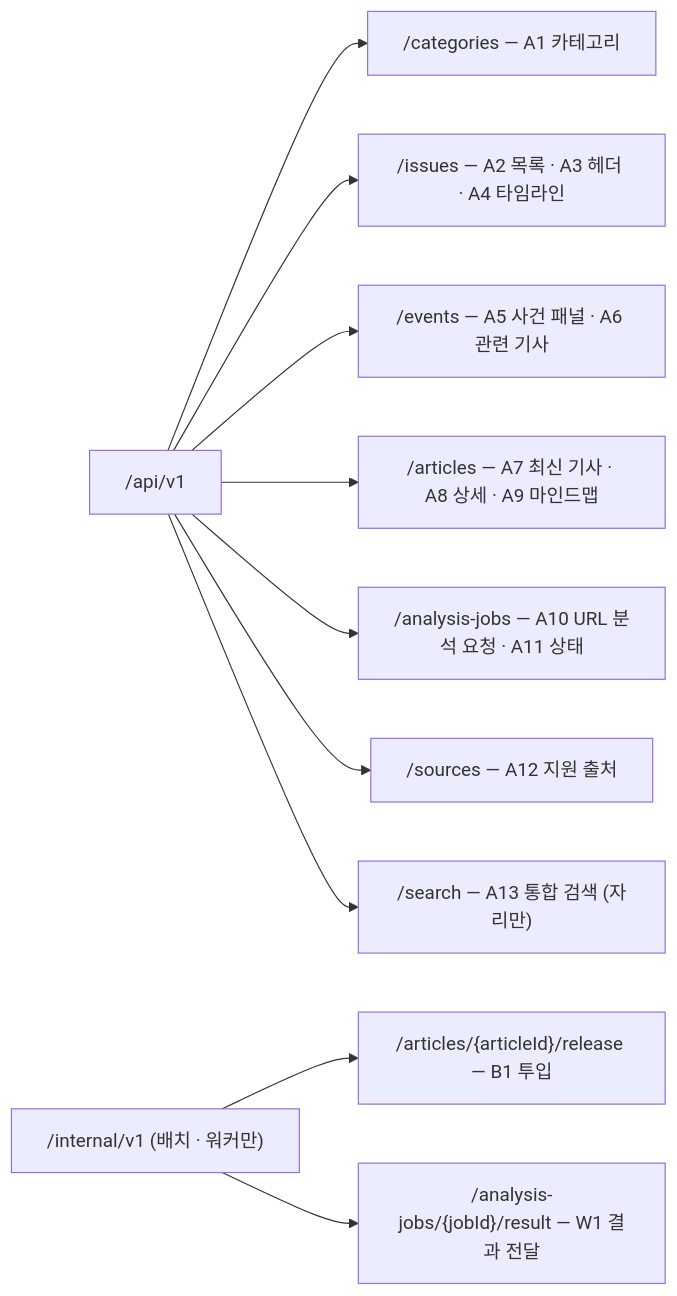
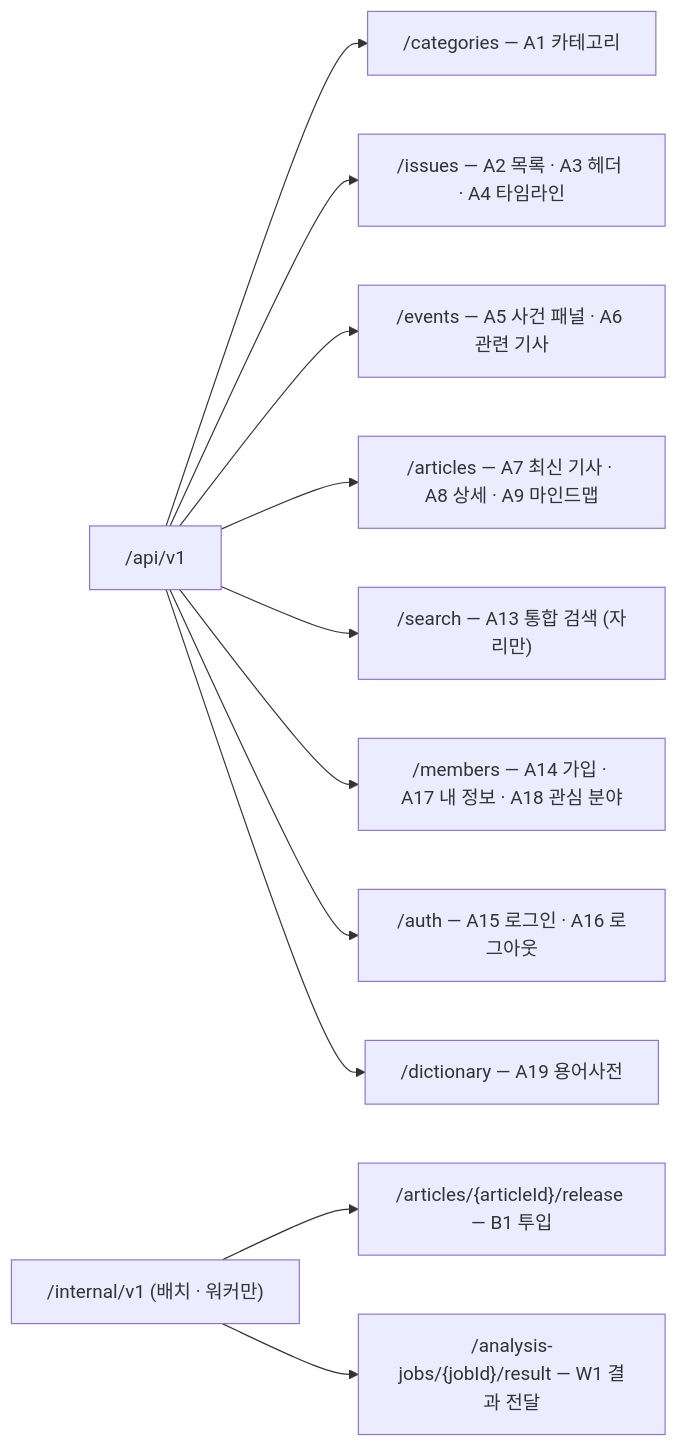
Before and after one commit to a102-NEWLEARN/NEW-LEARN: the third of 5 diagrams in docs/api.md, drawn with Mermaid. The commit also changed other lines of this file and 2 other files, not shown here.

First line of the commit message:
docs(common): API 명세 v1 — URL 분석 삭제, 회원 · 용어사전 · ISSUE 단계 · 가지 4개

````diff
--- a/docs/api.md
+++ b/docs/api.md
@@ -141,12 +148,13 @@
 ```mermaid
 flowchart LR
   R["/api/v1"] --> C["/categories — A1 카테고리"]
   R --> I["/issues — A2 목록 · A3 헤더 · A4 타임라인"]
   R --> E["/events — A5 사건 패널 · A6 관련 기사"]
   R --> AR["/articles — A7 최신 기사 · A8 상세 · A9 마인드맵"]
-  R --> J["/analysis-jobs — A10 URL 분석 요청 · A11 상태"]
-  R --> S["/sources — A12 지원 출처"]
   R --> Q["/search — A13 통합 검색 (자리만)"]
+  R --> M["/members — A14 가입 · A17 내 정보 · A18 관심 분야"]
+  R --> AU["/auth — A15 로그인 · A16 로그아웃"]
+  R --> D["/dictionary — A19 용어사전"]
   R2["/internal/v1 (배치 · 워커만)"] --> B1["/articles/{articleId}/release — B1 투입"]
   R2 --> W1["/analysis-jobs/{jobId}/result — W1 결과 전달"]
 ```
````
